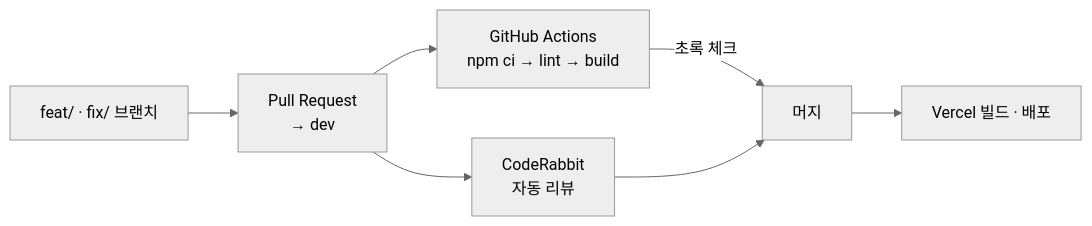
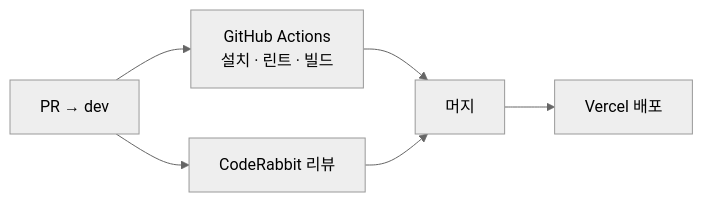
The third of 3 diagrams in README.md (CUK-FLOUT/flout-resident-webapp), drawn with Mermaid (neutral theme) before and after one commit. The commit also changed other lines of this file, not shown here.

````diff
--- a/README.md
+++ b/README.md
@@ -119,9 +83,8 @@
 ```mermaid
 flowchart LR
-    BR["feat/ · fix/ 브랜치"] --> PR["Pull Request<br/>→ dev"]
-    PR --> CI["GitHub Actions<br/>npm ci → lint → build"]
-    PR --> CR["CodeRabbit<br/>자동 리뷰"]
-    CI -->|"초록 체크"| MERGE["머지"]
-    CR --> MERGE
-    MERGE --> VERCEL["Vercel 빌드 · 배포"]
+    PR["PR → dev"] --> CI["GitHub Actions<br/>설치 · 린트 · 빌드"]
+    PR --> CR["CodeRabbit 리뷰"]
+    CI --> M["머지"]
+    CR --> M
+    M --> V["Vercel 배포"]
 ```
````
